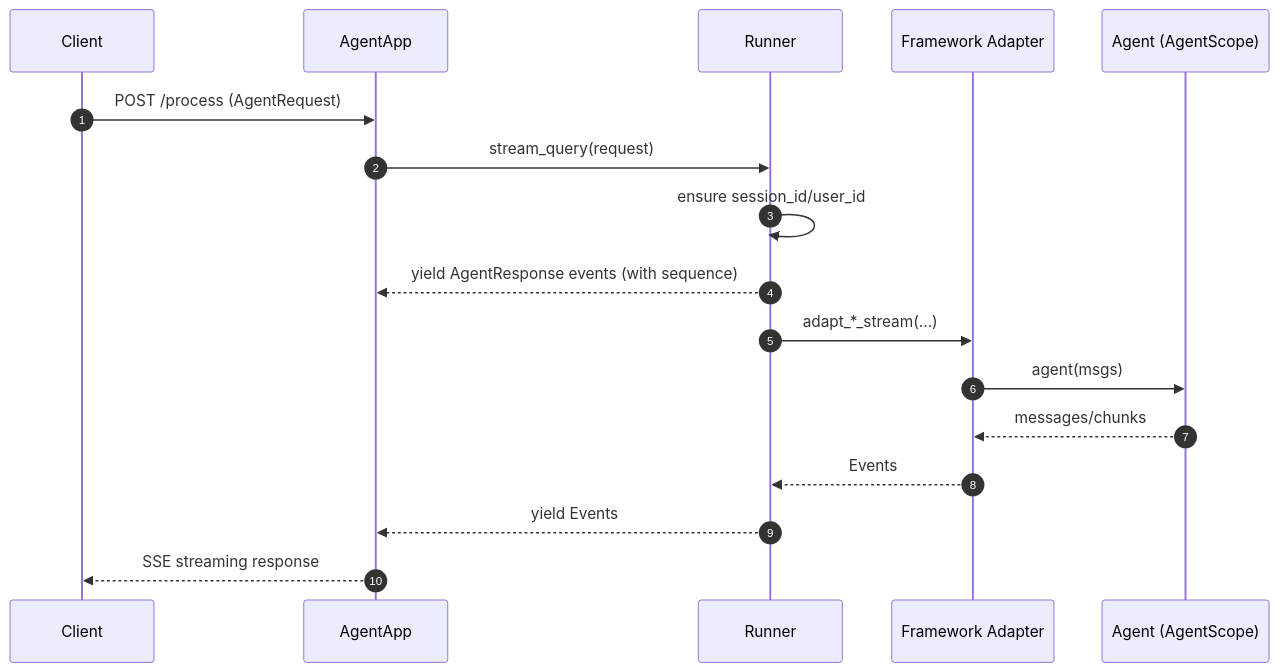
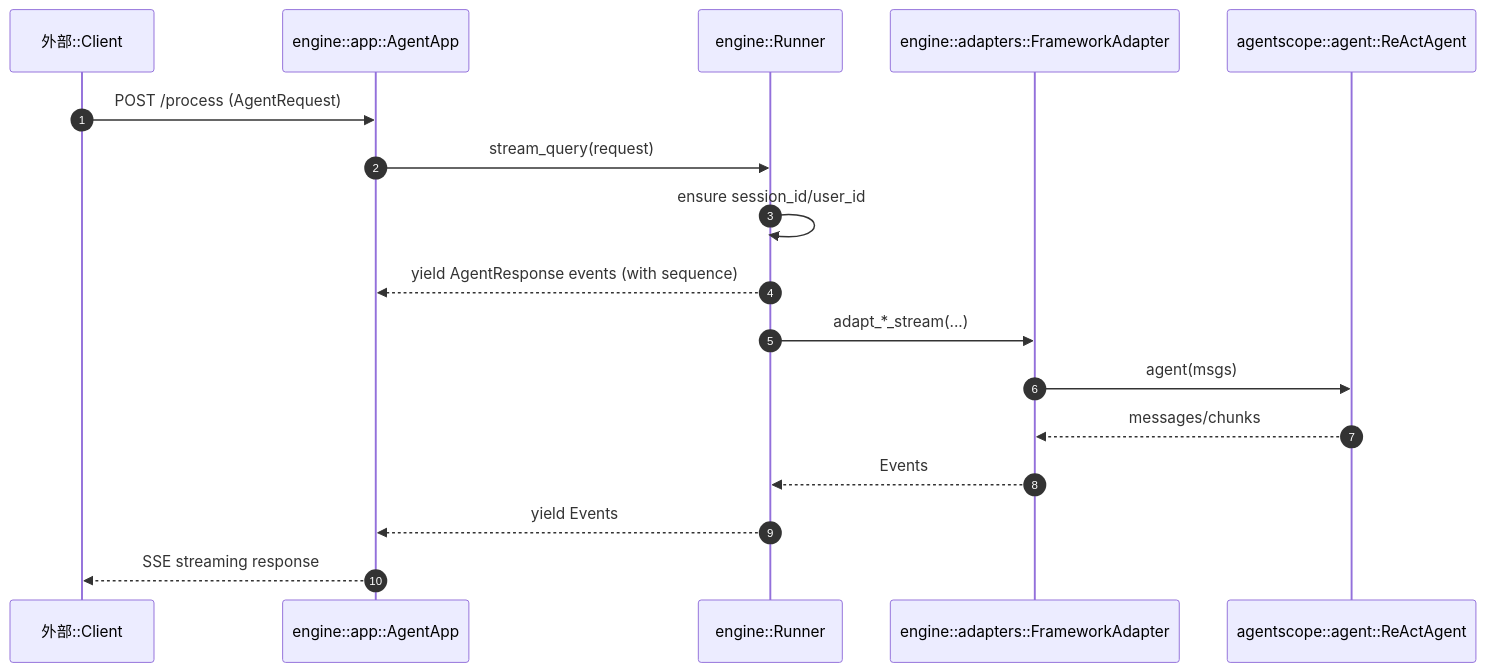
Before and after one commit to a2903214/agentscope-learning: the third of 3 diagrams in docs/agentscope-codebase/20-agentscope-runtime/overall_design.zh-CN.md, drawn with Mermaid. The commit also changed other lines of this file and 8 other files, not shown here.

Commit message:
更新文档：完善整体设计与模块结构分析，增加时序图与模块调用关系图，采用模块::参与者形式标注参与者来源。涉及内容包括 agentscope、agentscope-runtime、agentscope-studio、agentscope-spark-design 和 agentscope-samples 的代码结构与功能描述。

````diff
--- a/docs/agentscope-codebase/20-agentscope-runtime/overall_design.zh-CN.md
+++ b/docs/agentscope-codebase/20-agentscope-runtime/overall_design.zh-CN.md
@@ -62,20 +132,20 @@
 ```mermaid
 sequenceDiagram
   autonumber
-  participant C as Client
-  participant App as AgentApp
-  participant R as Runner
-  participant Adapter as Framework Adapter
-  participant A as Agent (AgentScope)
+  participant C as 外部::Client
+  participant App as engine::app::AgentApp
+  participant R as engine::Runner
+  participant Adapter as engine::adapters::FrameworkAdapter
+  participant A as agentscope::agent::ReActAgent
 
   C->>App: POST /process (AgentRequest)
   App->>R: stream_query(request)
   R->>R: ensure session_id/user_id
   R-->>App: yield AgentResponse events (with sequence)
   R->>Adapter: adapt_*_stream(...)
   Adapter->>A: agent(msgs)
   A-->>Adapter: messages/chunks
   Adapter-->>R: Events
   R-->>App: yield Events
   App-->>C: SSE streaming response
 ```
````
